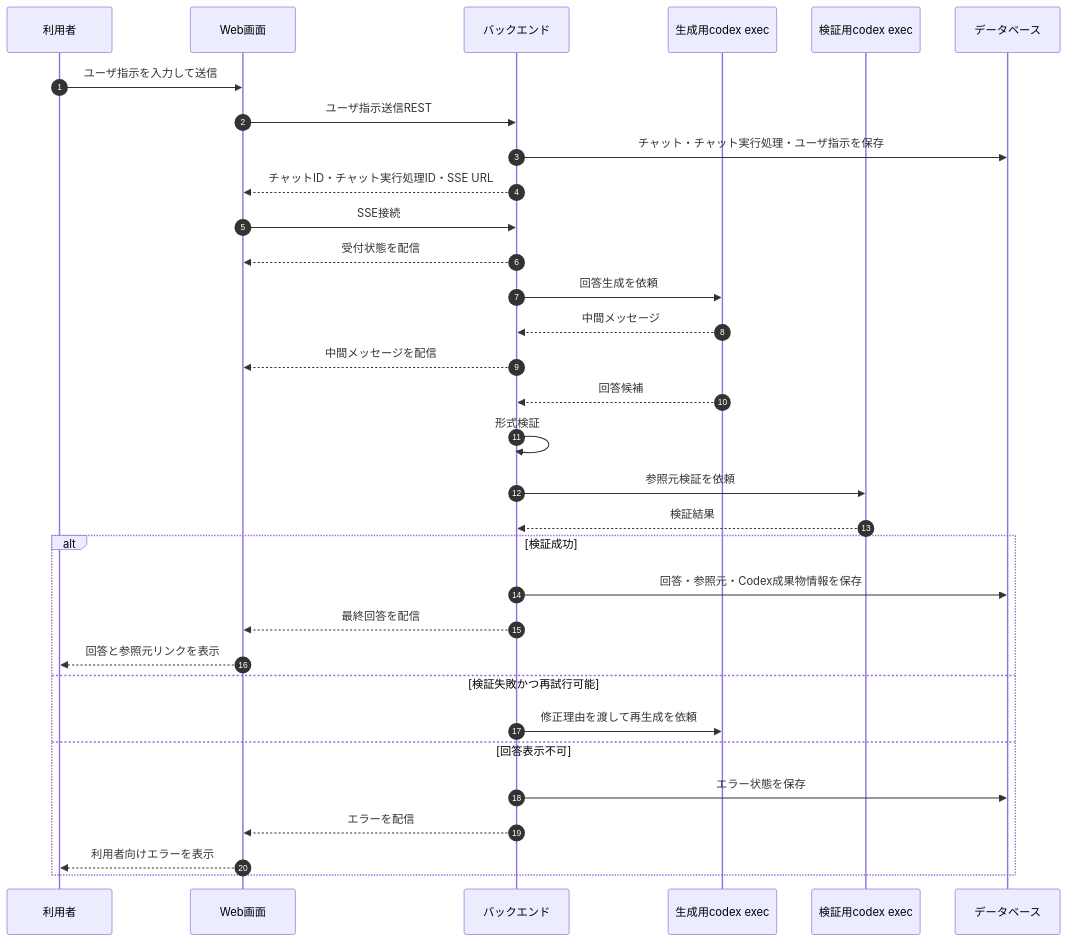
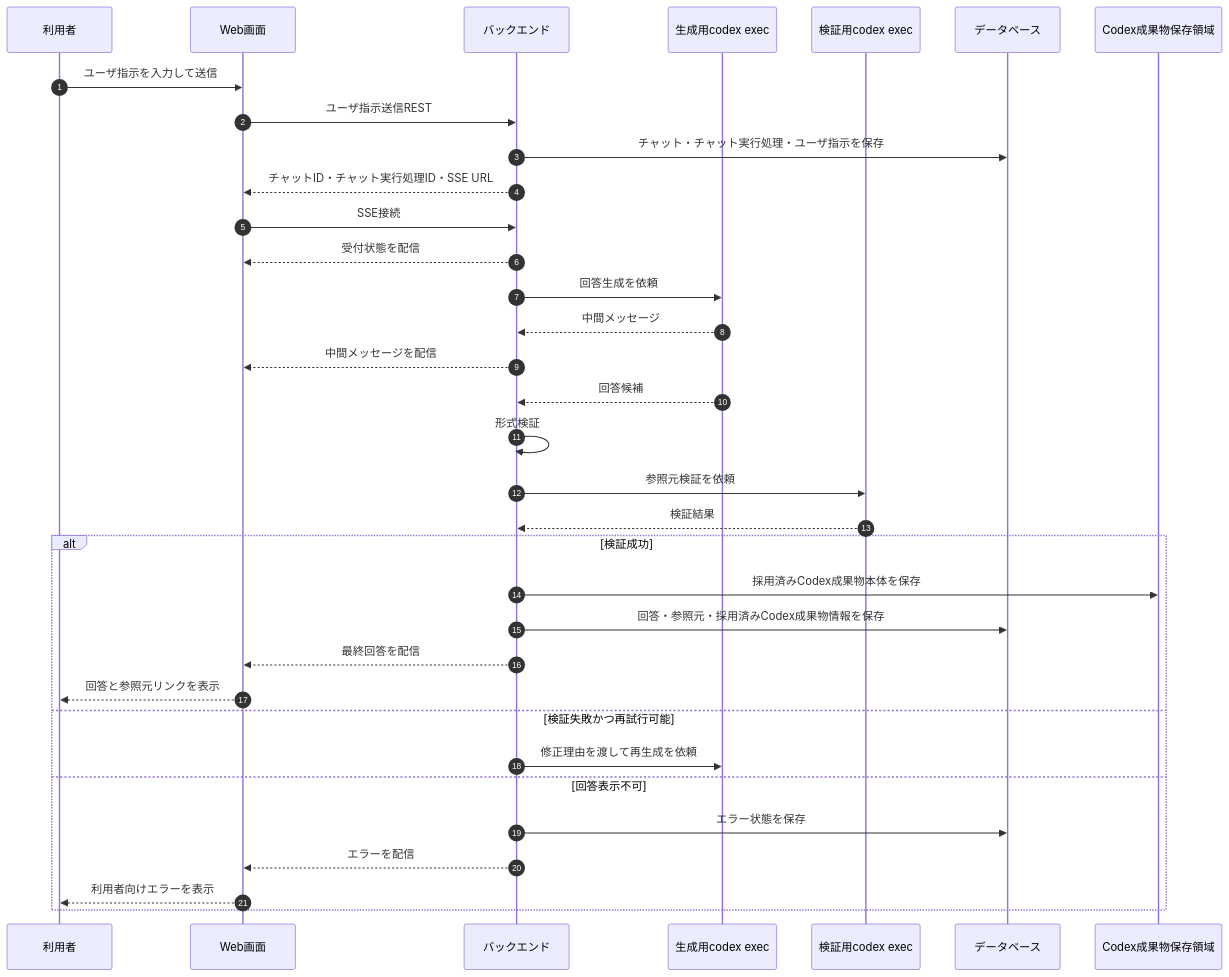
The diagram in docs/02_外部設計/02_業務設計/チャット実行処理フロー.md (mincsys/D-Concierge), drawn with Mermaid before and after one commit. The commit also changed other lines of this file and 8 other files, not shown here.

````diff
--- a/docs/02_外部設計/02_業務設計/チャット実行処理フロー.md
+++ b/docs/02_外部設計/02_業務設計/チャット実行処理フロー.md
@@ -23,35 +23,37 @@
 ```mermaid
 sequenceDiagram
     autonumber
     participant U as 利用者
     participant F as Web画面
     participant B as バックエンド
     participant G as 生成用codex exec
     participant V as 検証用codex exec
     participant D as データベース
+    participant A as Codex成果物保存領域
 
     U->>F: ユーザ指示を入力して送信
     F->>B: ユーザ指示送信REST
     B->>D: チャット・チャット実行処理・ユーザ指示を保存
     B-->>F: チャットID・チャット実行処理ID・SSE URL
     F->>B: SSE接続
     B-->>F: 受付状態を配信
     B->>G: 回答生成を依頼
     G-->>B: 中間メッセージ
     B-->>F: 中間メッセージを配信
     G-->>B: 回答候補
     B->>B: 形式検証
     B->>V: 参照元検証を依頼
     V-->>B: 検証結果
     alt 検証成功
-        B->>D: 回答・参照元・Codex成果物情報を保存
+        B->>A: 採用済みCodex成果物本体を保存
+        B->>D: 回答・参照元・採用済みCodex成果物情報を保存
         B-->>F: 最終回答を配信
         F-->>U: 回答と参照元リンクを表示
     else 検証失敗かつ再試行可能
         B->>G: 修正理由を渡して再生成を依頼
     else 回答表示不可
         B->>D: エラー状態を保存
         B-->>F: エラーを配信
         F-->>U: 利用者向けエラーを表示
     end
 ```
````
